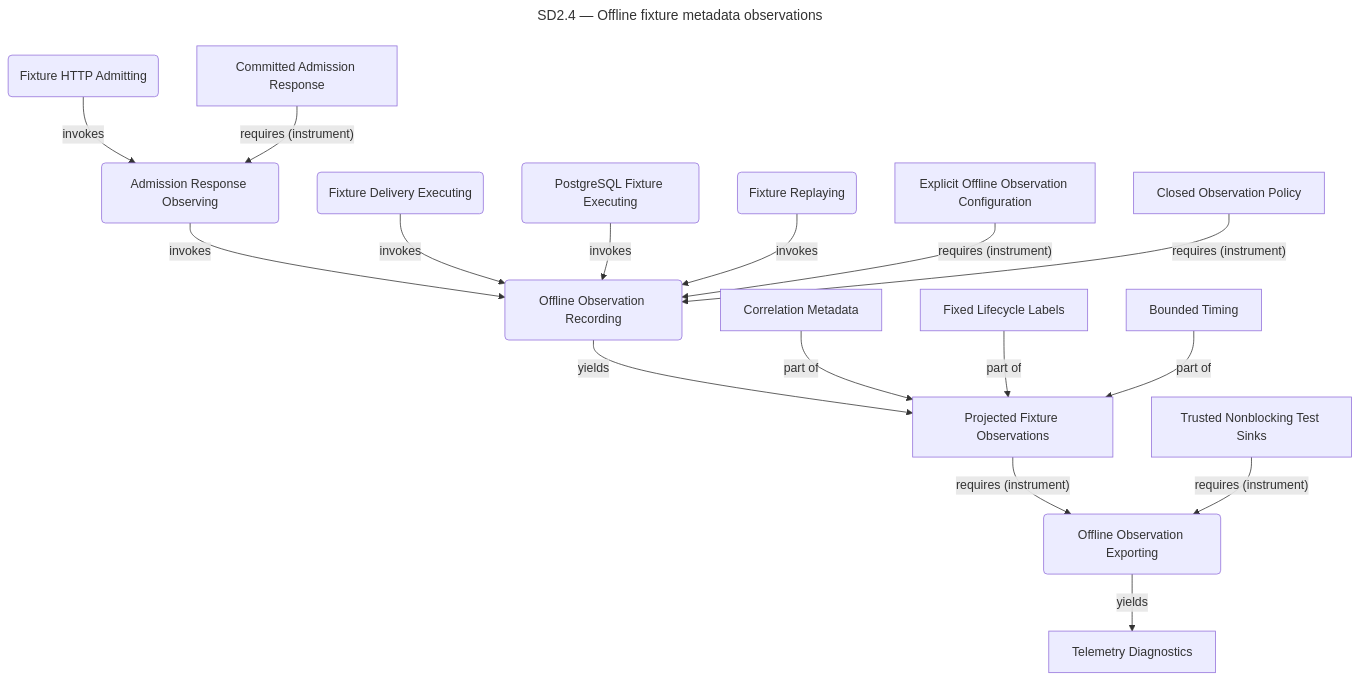
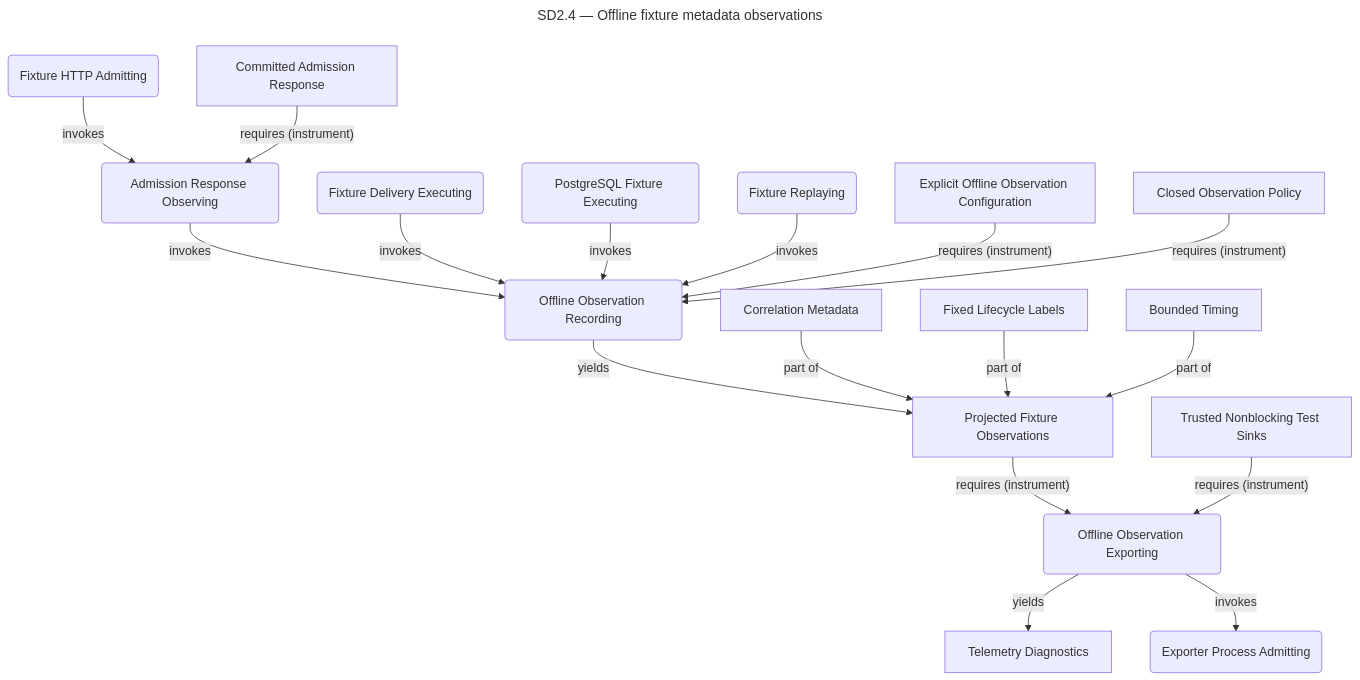
One commit to ojfbot/daily-logger changed diagram 12 of 14 in opm/system.md. Above: the diagram before and after it, drawn with Mermaid. The commit also changed other lines of this file and 19 other files, not shown here.

````diff
--- a/opm/system.md
+++ b/opm/system.md
@@ -1581,39 +1581,41 @@
 ```mermaid
 ---
 title: "SD2.4 — Offline fixture metadata observations"
 ---
 flowchart TD
   accTitle: SD2.4 — Offline fixture metadata observations
   accDescr: Lossy system model projection. Complete source facts follow this diagram.
   n264("Fixture HTTP Admitting")
   n298("Admission Response Observing")
   n299["Committed Admission Response"]
   n300("Offline Observation Recording")
   n251("Fixture Delivery Executing")
   n241("PostgreSQL Fixture Executing")
   n219("Fixture Replaying")
   n301["Explicit Offline Observation Configuration"]
   n302["Closed Observation Policy"]
   n303["Projected Fixture Observations"]
   n304["Correlation Metadata"]
   n305["Fixed Lifecycle Labels"]
   n306["Bounded Timing"]
   n307("Offline Observation Exporting")
   n308["Trusted Nonblocking Test Sinks"]
   n309["Telemetry Diagnostics"]
+  n310("Exporter Process Admitting")
   n264 -->|"invokes"| n298
   n299 -->|"requires (instrument)"| n298
   n298 -->|"invokes"| n300
   n251 -->|"invokes"| n300
   n241 -->|"invokes"| n300
   n219 -->|"invokes"| n300
   n301 -->|"requires (instrument)"| n300
   n302 -->|"requires (instrument)"| n300
   n300 -->|"yields"| n303
   n304 -->|"part of"| n303
   n305 -->|"part of"| n303
   n306 -->|"part of"| n303
   n303 -->|"requires (instrument)"| n307
   n308 -->|"requires (instrument)"| n307
   n307 -->|"yields"| n309
+  n307 -->|"invokes"| n310
 ```
````
